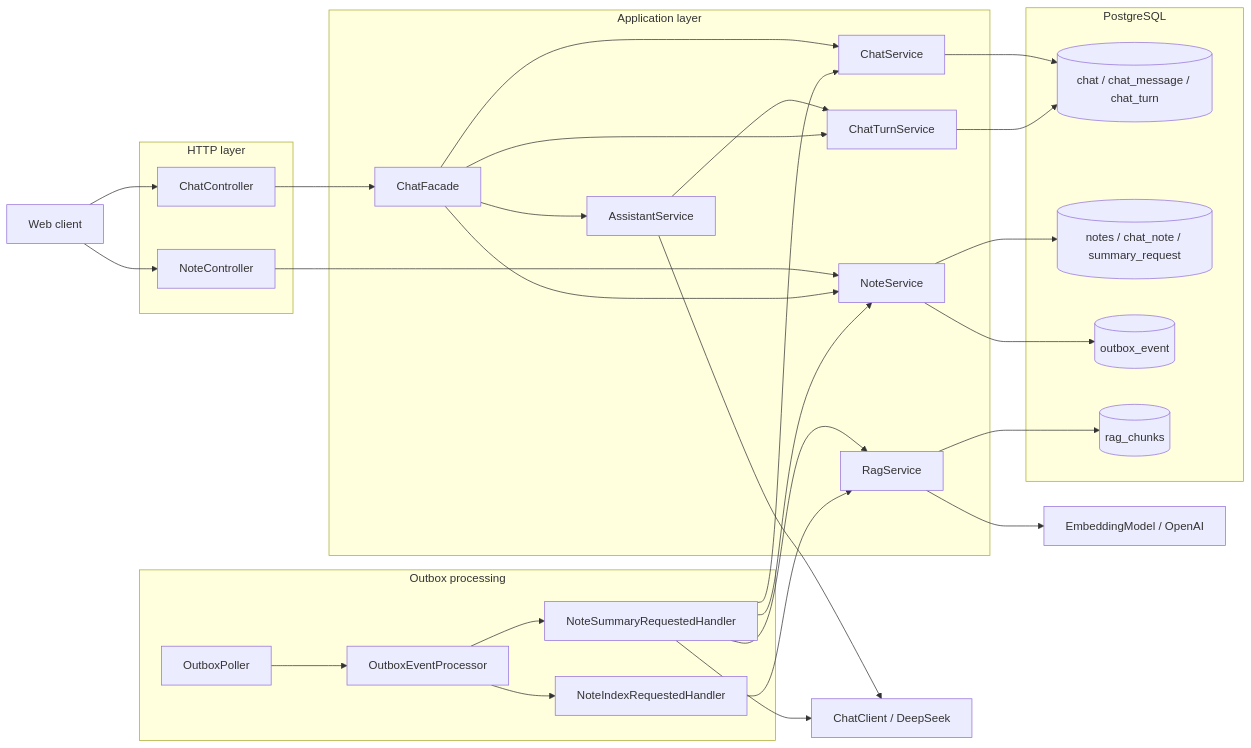
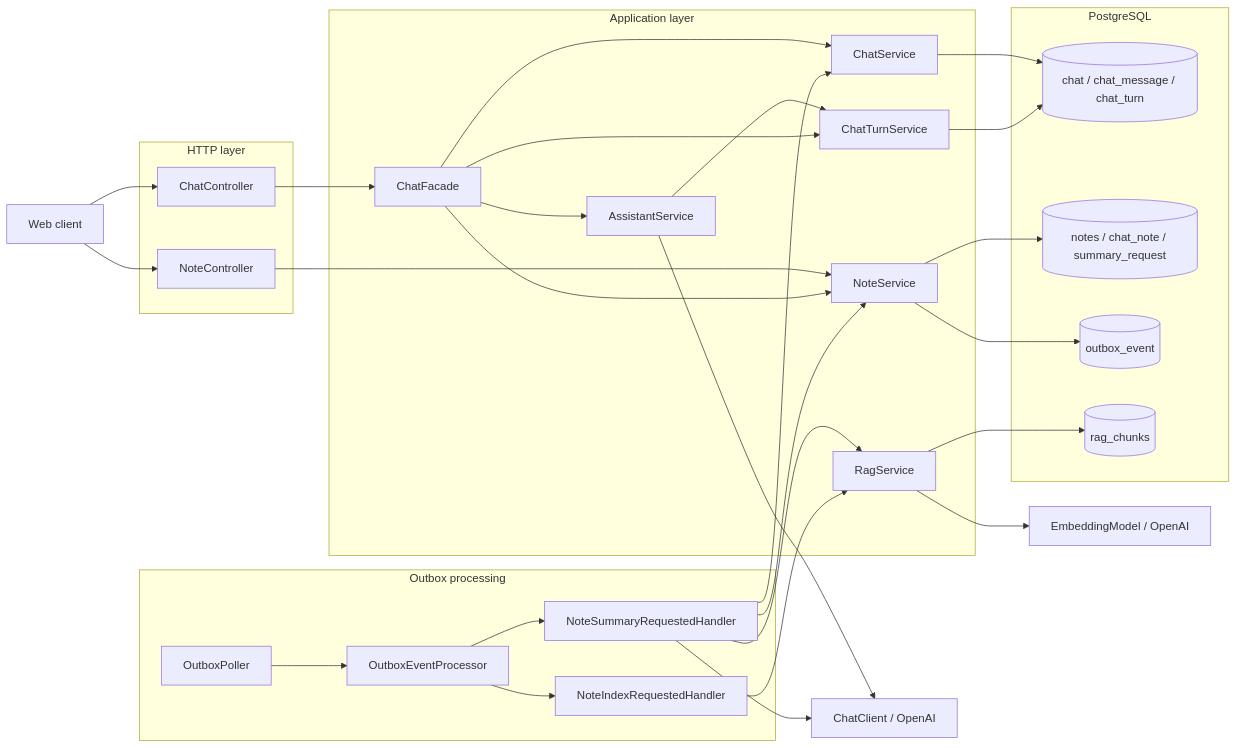
One commit to sokolov-r-u/uliss changed the first of 9 diagrams in module/note/note-app/REQUEST_FLOWS.md. Above: the diagram before and after it, drawn with Mermaid. The commit also changed other lines of this file and 17 other files, not shown here.

````diff
--- a/module/note/note-app/REQUEST_FLOWS.md
+++ b/module/note/note-app/REQUEST_FLOWS.md
@@ -9,53 +9,53 @@
 ```mermaid
 flowchart LR
     Client[Web client]
 
     subgraph HTTP[HTTP layer]
         ChatController
         NoteController
     end
 
     subgraph Application[Application layer]
         ChatFacade
         ChatService
         AssistantService
         ChatTurnService
         NoteService
         RagService
     end
 
     subgraph Async[Outbox processing]
         OutboxPoller
         OutboxEventProcessor
         SummaryHandler[NoteSummaryRequestedHandler]
         IndexHandler[NoteIndexRequestedHandler]
     end
 
     subgraph Persistence[PostgreSQL]
         ChatTables[(chat / chat_message / chat_turn)]
         NoteTables[(notes / chat_note / summary_request)]
         OutboxTable[(outbox_event)]
         RagChunks[(rag_chunks)]
     end
 
-    ChatModel[ChatClient / DeepSeek]
+  ChatModel[ChatClient / OpenAI]
     EmbeddingModel[EmbeddingModel / OpenAI]
     Client --> ChatController --> ChatFacade
     Client --> NoteController --> NoteService
     ChatFacade --> ChatService --> ChatTables
     ChatFacade --> AssistantService --> ChatTurnService --> ChatTables
   ChatFacade --> ChatTurnService
     ChatFacade --> NoteService --> NoteTables
     NoteService --> OutboxTable
     AssistantService --> ChatModel
     OutboxPoller --> OutboxEventProcessor
     OutboxEventProcessor --> SummaryHandler
     OutboxEventProcessor --> IndexHandler
     SummaryHandler --> ChatService
     SummaryHandler --> RagService
     SummaryHandler --> ChatModel
     SummaryHandler --> NoteService
     IndexHandler --> RagService
     RagService --> EmbeddingModel
     RagService --> RagChunks
 ```
````
